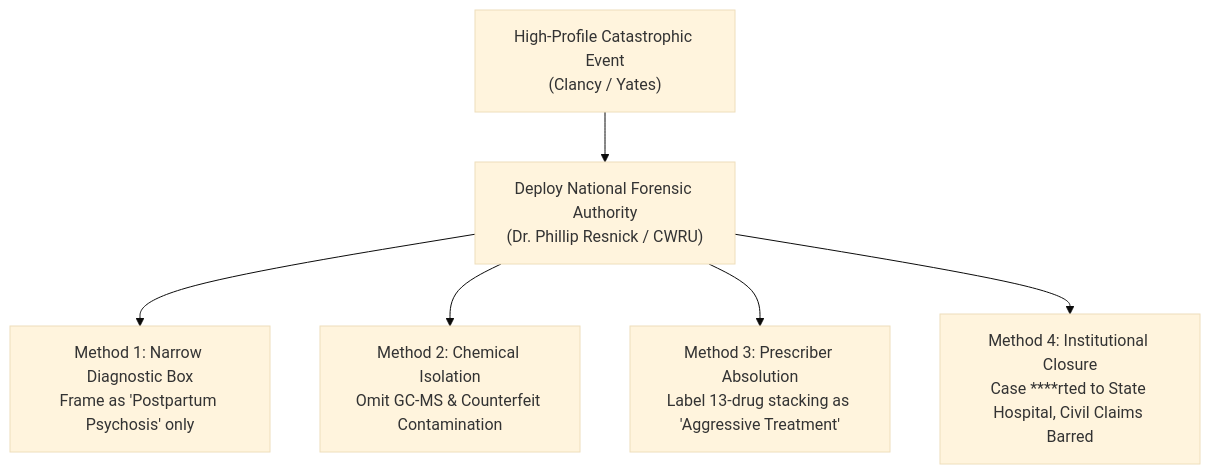
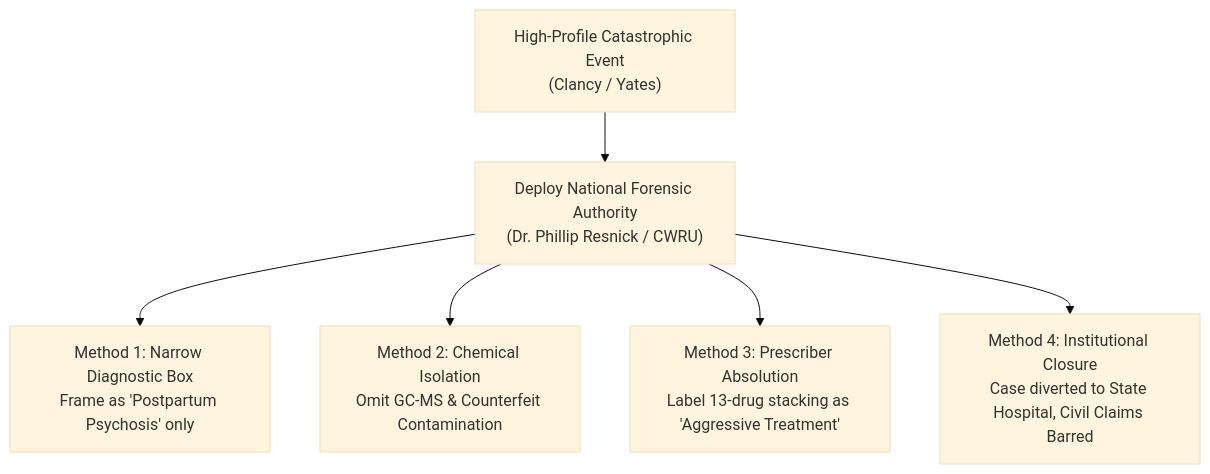
Before and after one commit to Tonypost949/OsintNeoAi: the diagram in public_export/legal_library/DR_RESNICK_FORENSIC_GATEKEEPING_PLAYBOOK.md, drawn with Mermaid (base theme). The commit also changed other lines of this file and 1052 other files, not shown here.

````diff
--- a/public_export/legal_library/DR_RESNICK_FORENSIC_GATEKEEPING_PLAYBOOK.md
+++ b/public_export/legal_library/DR_RESNICK_FORENSIC_GATEKEEPING_PLAYBOOK.md
@@ -43,9 +43,9 @@
 ```mermaid
 graph TD
     A["High-Profile Catastrophic Event<br/>(Clancy / Yates)"] --> B["Deploy National Forensic Authority<br/>(Dr. Phillip Resnick / CWRU)"]
     
     B --> C["Method 1: Narrow Diagnostic Box<br/>Frame as 'Postpartum Psychosis' only"]
     B --> D["Method 2: Chemical Isolation<br/>Omit GC-MS & Counterfeit Contamination"]
     B --> E["Method 3: Prescriber Absolution<br/>Label 13-drug stacking as 'Aggressive Treatment'"]
-    B --> F["Method 4: Institutional Closure<br/>Case ****rted to State Hospital, Civil Claims Barred"]
+    B --> F["Method 4: Institutional Closure<br/>Case diverted to State Hospital, Civil Claims Barred"]
 ```
````
